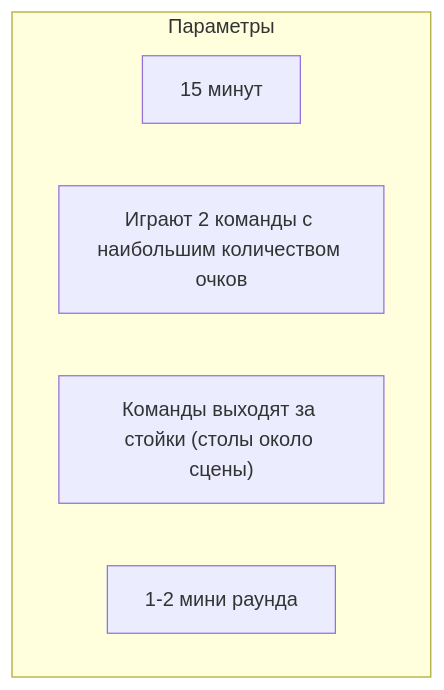
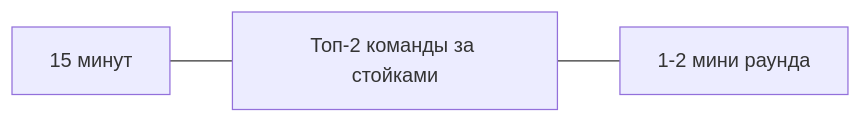
Before and after one commit to CoF-Luke/Game_100_to_1: the fourth of 7 diagrams in README.md, drawn with Mermaid. The commit also changed other lines of this file and 2 other files, not shown here.

````diff
--- a/README.md
+++ b/README.md
@@ -137,9 +116,4 @@
 ```mermaid
-graph TD
-    subgraph Параметры
-        P1["15 минут"]
-        P2["Играют 2 команды с наибольшим количеством очков"]
-        P3["Команды выходят за стойки (столы около сцены)"]
-        P4["1-2 мини раунда"]
-    end
+graph LR
+    P1["15 минут"] --- P2["Топ-2 команды за стойками"] --- P3["1-2 мини раунда"]
 ```
````
